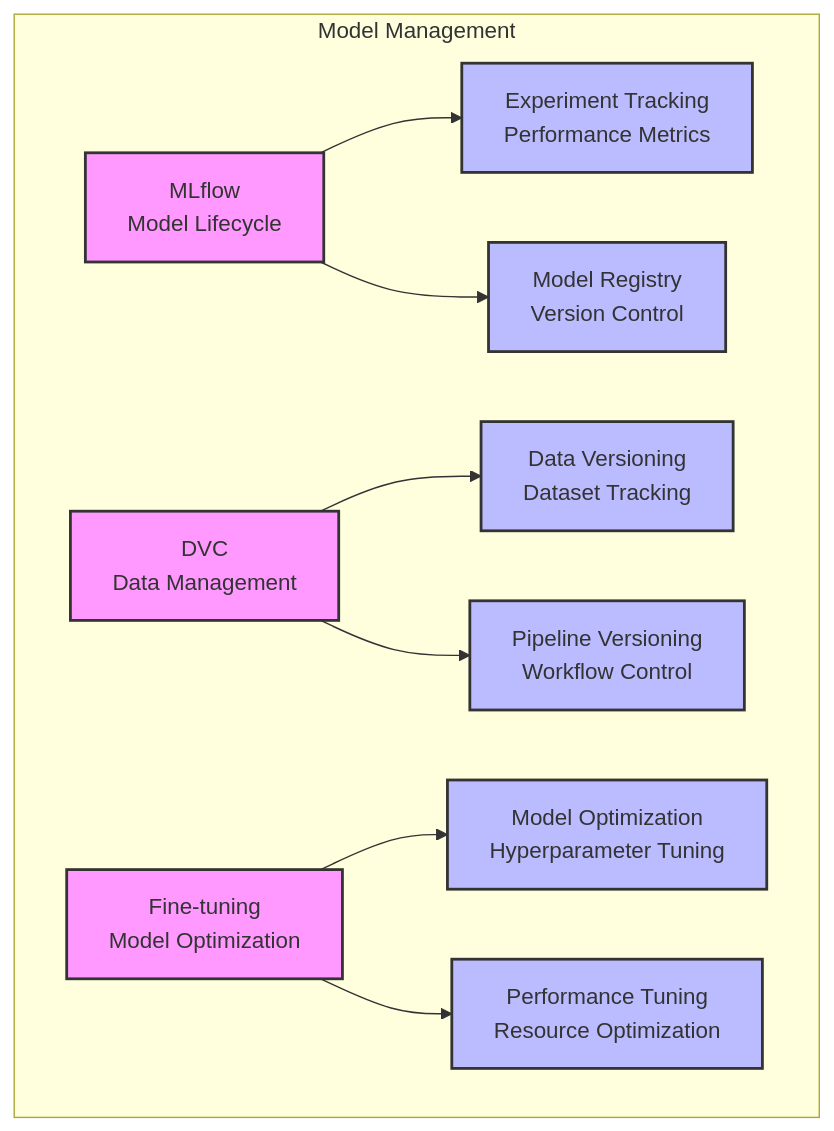
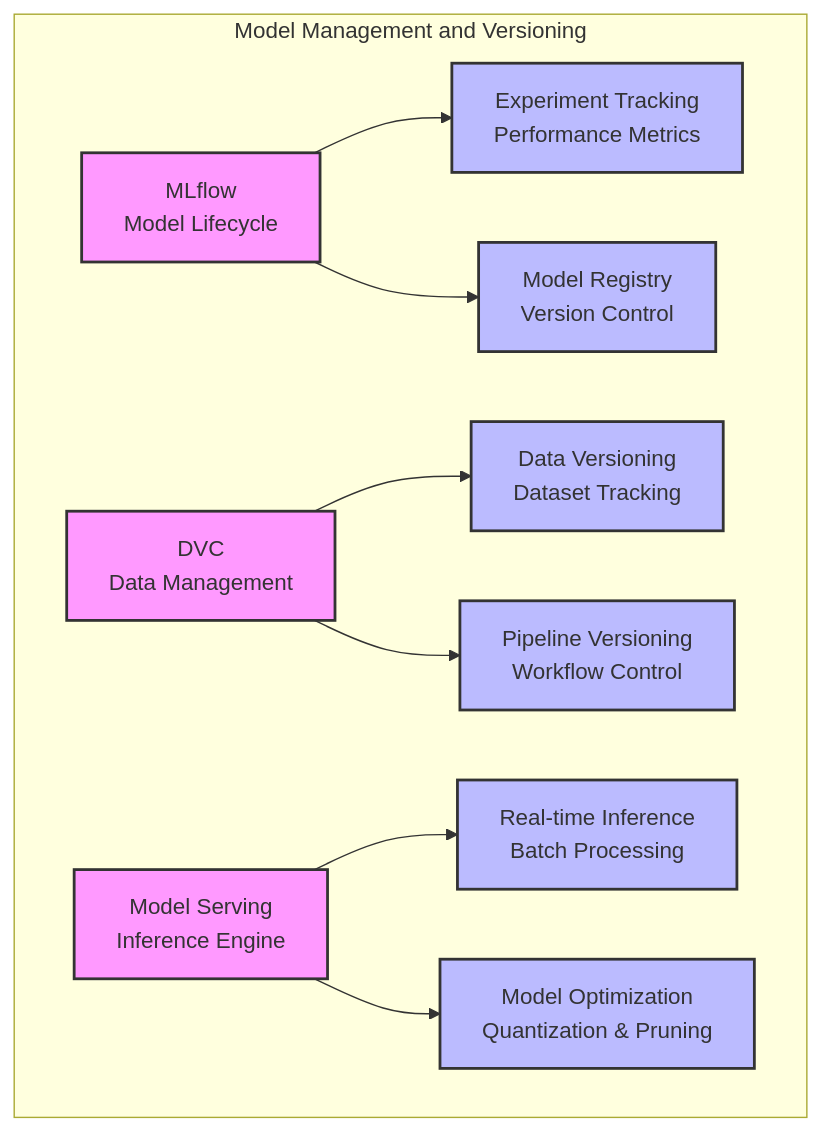
One commit to Jencheng1/DocuVector changed the third of 23 diagrams in README.md. Above: the diagram before and after it, drawn with Mermaid. The commit also changed other lines of this file and 8 other files, not shown here.

````diff
--- a/README.md
+++ b/README.md
@@ -103,21 +112,21 @@
 ```mermaid
 graph TD
     style M fill:#f9f,stroke:#333,stroke-width:2px
     style N fill:#bbf,stroke:#333,stroke-width:2px
     style O fill:#bbf,stroke:#333,stroke-width:2px
     style P fill:#f9f,stroke:#333,stroke-width:2px
     style Q fill:#bbf,stroke:#333,stroke-width:2px
     style R fill:#bbf,stroke:#333,stroke-width:2px
     style S fill:#f9f,stroke:#333,stroke-width:2px
     style T fill:#bbf,stroke:#333,stroke-width:2px
     style U fill:#bbf,stroke:#333,stroke-width:2px
 
-    subgraph "Model Management"
+    subgraph "Model Management and Versioning"
         M[MLflow<br/>Model Lifecycle] --> N[Experiment Tracking<br/>Performance Metrics]
         M --> O[Model Registry<br/>Version Control]
         P[DVC<br/>Data Management] --> Q[Data Versioning<br/>Dataset Tracking]
         P --> R[Pipeline Versioning<br/>Workflow Control]
-        S[Fine-tuning<br/>Model Optimization] --> T[Model Optimization<br/>Hyperparameter Tuning]
-        S --> U[Performance Tuning<br/>Resource Optimization]
+        S[Model Serving<br/>Inference Engine] --> T[Real-time Inference<br/>Batch Processing]
+        S --> U[Model Optimization<br/>Quantization & Pruning]
     end
 ```
````
